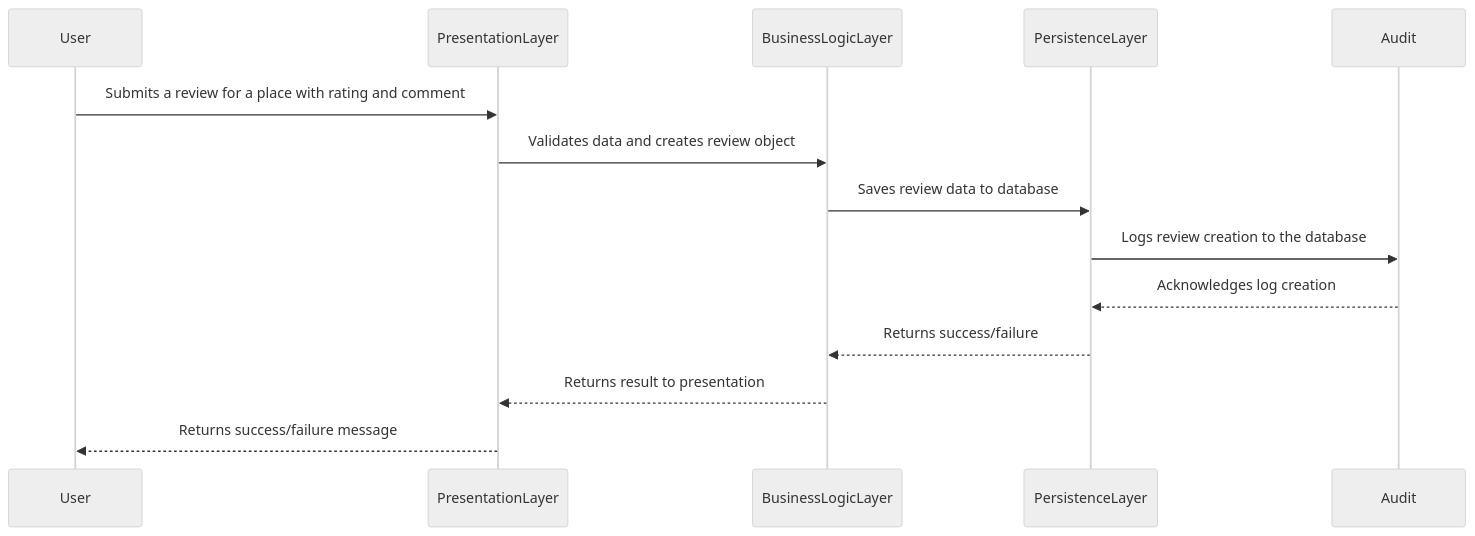
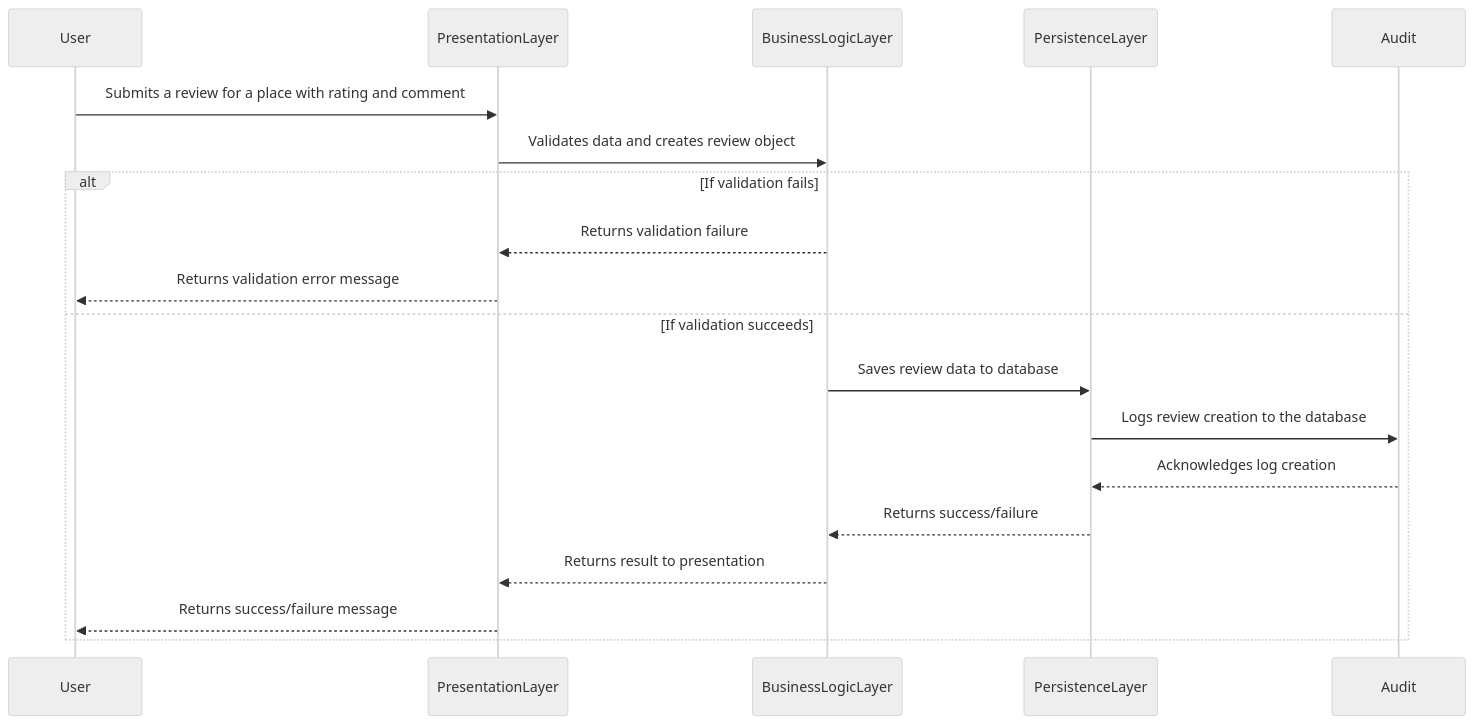
The diagram in SequenceDiagramReviewSubmission.mmd (Maniok19/holbertonschool-hbnb), drawn with Mermaid (neutral theme) before and after one commit.

Commit message:
Enhance sequence diagram for review submission to include validation handling and logging for success and failure scenarios

```diff
--- a/SequenceDiagramReviewSubmission.mmd
+++ b/SequenceDiagramReviewSubmission.mmd
@@ -1,16 +1,20 @@
 sequenceDiagram
   participant User
   participant PresentationLayer
   participant BusinessLogicLayer
   participant PersistenceLayer
   participant Audit
 
   User->>PresentationLayer: Submits a review for a place with rating and comment
   PresentationLayer->>BusinessLogicLayer: Validates data and creates review object
-  BusinessLogicLayer->>PersistenceLayer: Saves review data to database
-
-  PersistenceLayer->>Audit: Logs review creation to the database
-  Audit-->>PersistenceLayer: Acknowledges log creation
-  PersistenceLayer-->>BusinessLogicLayer: Returns success/failure
-  BusinessLogicLayer-->>PresentationLayer: Returns result to presentation
-  PresentationLayer-->>User: Returns success/failure message
+  alt If validation fails
+    BusinessLogicLayer-->>PresentationLayer: Returns validation failure
+    PresentationLayer-->>User: Returns validation error message
+  else If validation succeeds
+    BusinessLogicLayer->>PersistenceLayer: Saves review data to database
+    PersistenceLayer->>Audit: Logs review creation to the database
+    Audit-->>PersistenceLayer: Acknowledges log creation
+    PersistenceLayer-->>BusinessLogicLayer: Returns success/failure
+    BusinessLogicLayer-->>PresentationLayer: Returns result to presentation
+    PresentationLayer-->>User: Returns success/failure message
+  end
```
